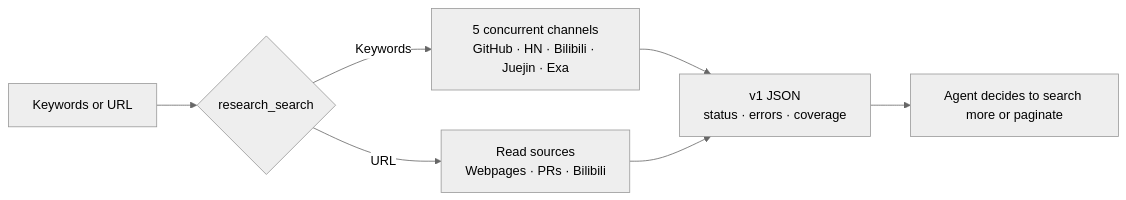
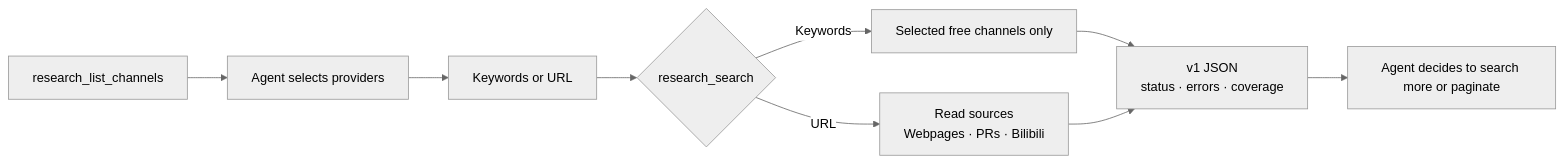
One commit to bmdy6/research-mcp changed the diagram in README.en.md. Above: the diagram before and after it, drawn with Mermaid (neutral theme). The commit also changed other lines of this file and 30 other files, not shown here.

Commit message:
feat: add free channel catalog and request-only web search

````diff
--- a/README.en.md
+++ b/README.en.md
@@ -92,9 +93,11 @@
 ```mermaid
 flowchart LR
   Q[Keywords or URL] --> S{research_search}
-  S -->|Keywords| C[5 concurrent channels<br>GitHub · HN · Bilibili · Juejin · Exa]
+  L[research_list_channels] --> A0[Agent selects providers]
+  A0 --> Q
+  S -->|Keywords| C[Selected free channels only]
   S -->|URL| F[Read sources<br>Webpages · PRs · Bilibili]
   C --> R[v1 JSON<br>status · errors · coverage]
   F --> R
   R --> A[Agent decides to search more or paginate]
 ```
````
